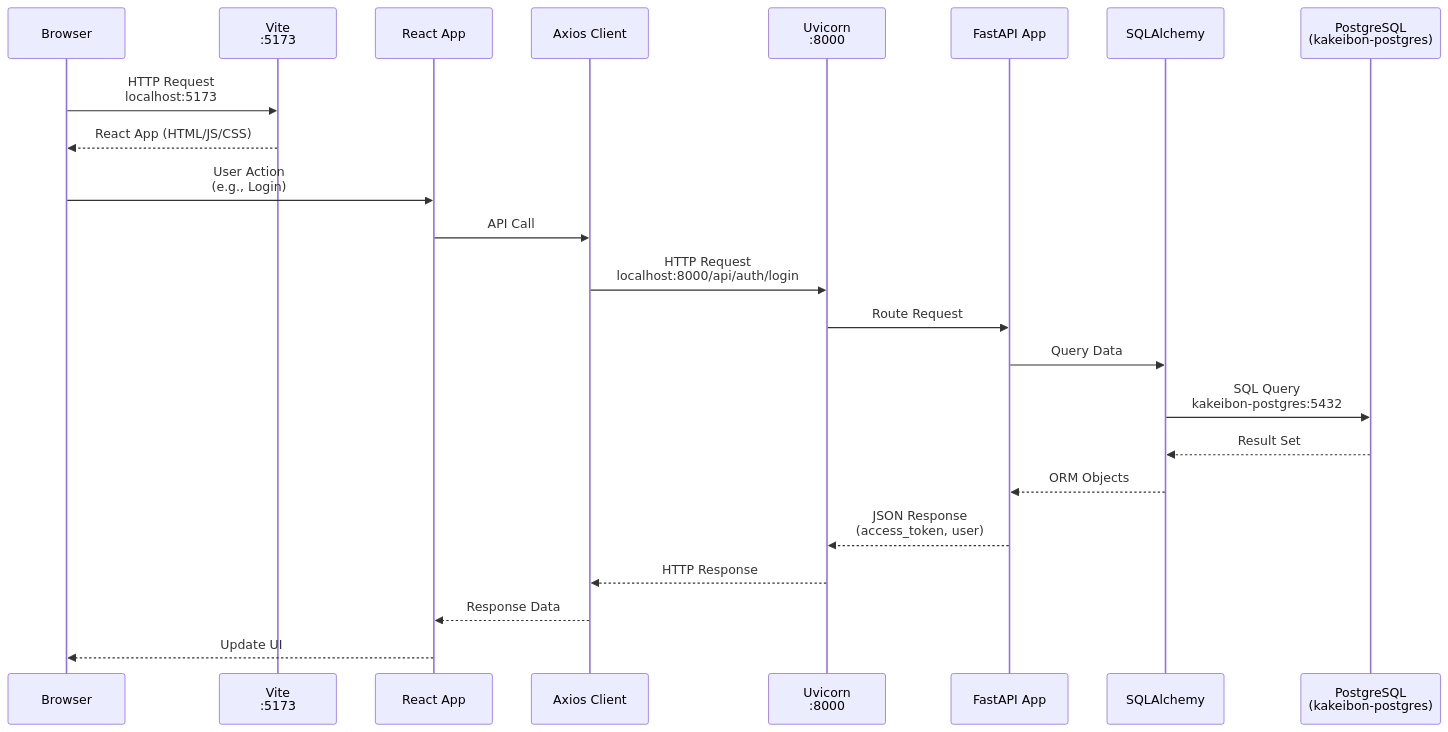
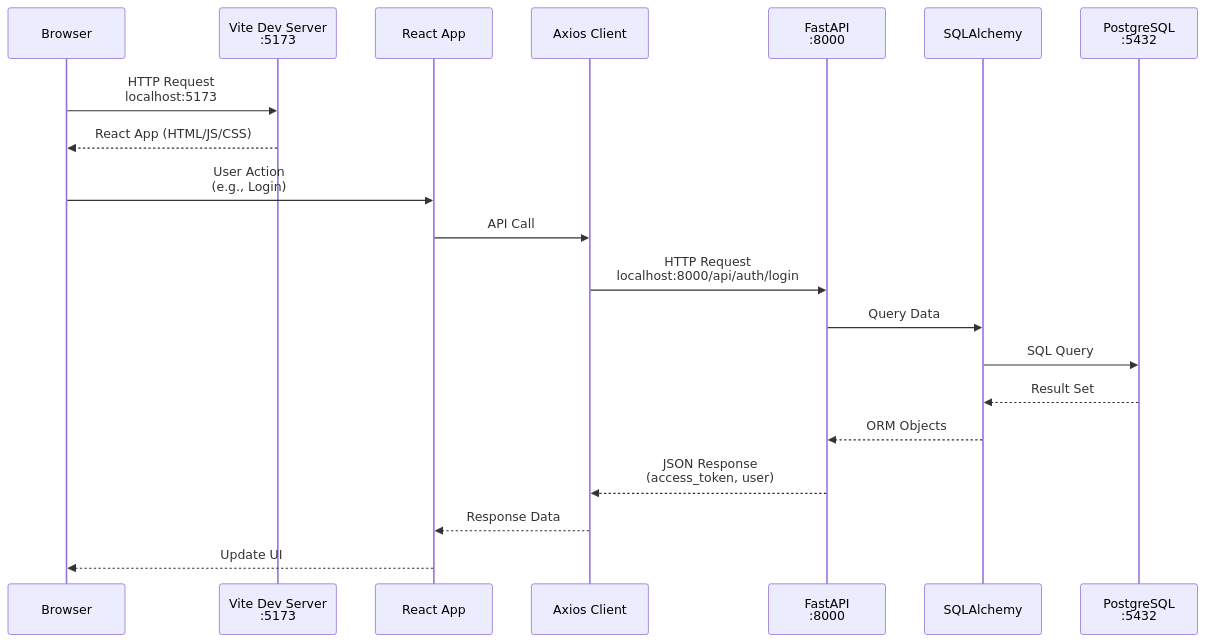
The fifth of 9 diagrams in ARCHITECTURE.md (satsuma-ken/kakeibon), drawn with Mermaid before and after one commit. The commit also changed other lines of this file and 3 other files, not shown here.

````diff
--- a/ARCHITECTURE.md
+++ b/ARCHITECTURE.md
@@ -125,26 +147,23 @@
 ```mermaid
 sequenceDiagram
     participant Browser
-    participant Vite as Vite<br/>:5173
+    participant Vite as Vite Dev Server<br/>:5173
     participant React as React App
     participant Axios as Axios Client
-    participant Uvicorn as Uvicorn<br/>:8000
-    participant FastAPI as FastAPI App
+    participant FastAPI as FastAPI<br/>:8000
     participant SQLAlchemy as SQLAlchemy
-    participant PostgreSQL as PostgreSQL<br/>(kakeibon-postgres)
+    participant PostgreSQL as PostgreSQL<br/>:5432
 
     Browser->>Vite: HTTP Request<br/>localhost:5173
     Vite-->>Browser: React App (HTML/JS/CSS)
     Browser->>React: User Action<br/>(e.g., Login)
     React->>Axios: API Call
-    Axios->>Uvicorn: HTTP Request<br/>localhost:8000/api/auth/login
-    Uvicorn->>FastAPI: Route Request
+    Axios->>FastAPI: HTTP Request<br/>localhost:8000/api/auth/login
     FastAPI->>SQLAlchemy: Query Data
-    SQLAlchemy->>PostgreSQL: SQL Query<br/>kakeibon-postgres:5432
+    SQLAlchemy->>PostgreSQL: SQL Query
     PostgreSQL-->>SQLAlchemy: Result Set
     SQLAlchemy-->>FastAPI: ORM Objects
-    FastAPI-->>Uvicorn: JSON Response<br/>(access_token, user)
-    Uvicorn-->>Axios: HTTP Response
+    FastAPI-->>Axios: JSON Response<br/>(access_token, user)
     Axios-->>React: Response Data
     React-->>Browser: Update UI
 ```
````
